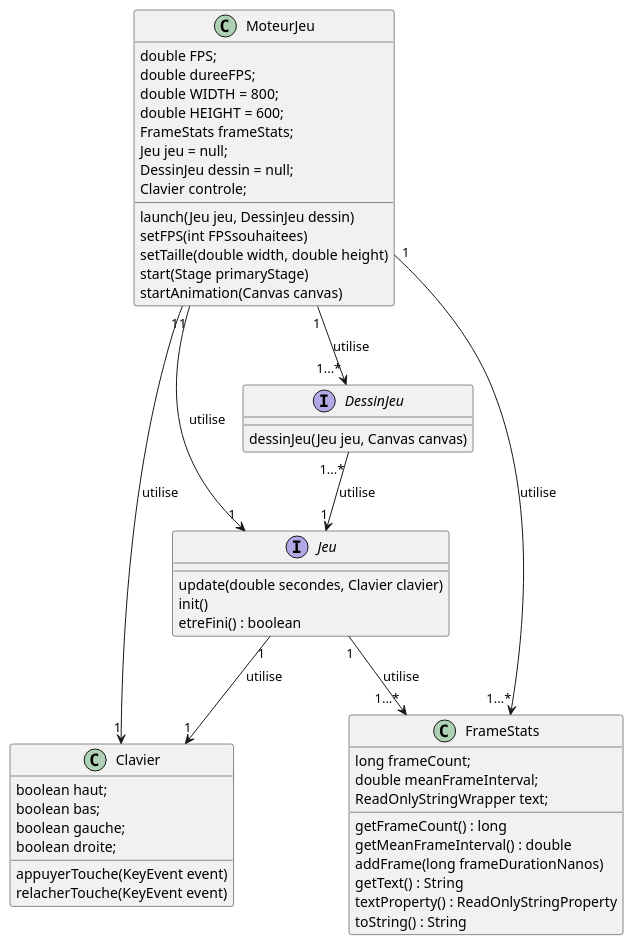
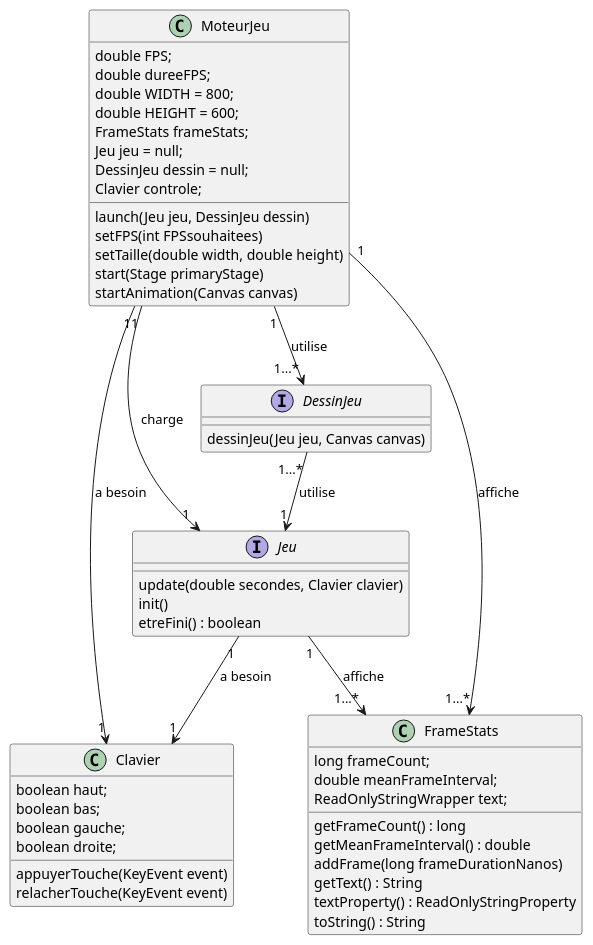
Before and after one commit to 1001ms/2023_Zeldiablo_walczak_amaglio_arcelin_berret_brun: the diagram in documents/version_1/diagClass_moteur_jeu.puml, drawn with PlantUML.

Commit message:
maj diagramme classes moteurJeu

```diff
--- a/documents/version_1/diagClass_moteur_jeu.puml
+++ b/documents/version_1/diagClass_moteur_jeu.puml
@@ -1,62 +1,62 @@
 @startuml
 'https://plantuml.com/class-diagram
 
 'relations interclasses
-MoteurJeu "1" --> "1" Jeu : utilise
+MoteurJeu "1" --> "1" Jeu : charge
 MoteurJeu "1" --> "1...*" DessinJeu : utilise
-MoteurJeu "1" --> "1" Clavier : utilise
-MoteurJeu "1" --> "1...*" FrameStats : utilise
+MoteurJeu "1" --> "1" Clavier : a besoin
+MoteurJeu "1" --> "1...*" FrameStats : affiche
 DessinJeu "1...*" --> "1" Jeu : utilise
-Jeu "1" --> "1" Clavier : utilise
-Jeu "1" --> "1...*" FrameStats : utilise
+Jeu "1" --> "1" Clavier : a besoin
+Jeu "1" --> "1...*" FrameStats : affiche
 
 'blocs de classes
 
 class Clavier {
 boolean haut;
 boolean bas;
 boolean gauche;
 boolean droite;
 appuyerTouche(KeyEvent event)
 relacherTouche(KeyEvent event)
 }
 
 class FrameStats {
 long frameCount;
 double meanFrameInterval;
 ReadOnlyStringWrapper text;
 getFrameCount() : long
 getMeanFrameInterval() : double
 addFrame(long frameDurationNanos)
 getText() : String
 textProperty() : ReadOnlyStringProperty
 toString() : String
 }
 
 class MoteurJeu {
 double FPS;
 double dureeFPS;
 double WIDTH = 800;
 double HEIGHT = 600;
 FrameStats frameStats;
 Jeu jeu = null;
 DessinJeu dessin = null;
 Clavier controle;
 launch(Jeu jeu, DessinJeu dessin)
 setFPS(int FPSsouhaitees)
 setTaille(double width, double height)
 start(Stage primaryStage)
 startAnimation(Canvas canvas)
 }
 
 interface DessinJeu {
 dessinJeu(Jeu jeu, Canvas canvas)
 }
 
 interface Jeu {
 update(double secondes, Clavier clavier)
 init()
 etreFini() : boolean
 }
 
 @enduml
```
